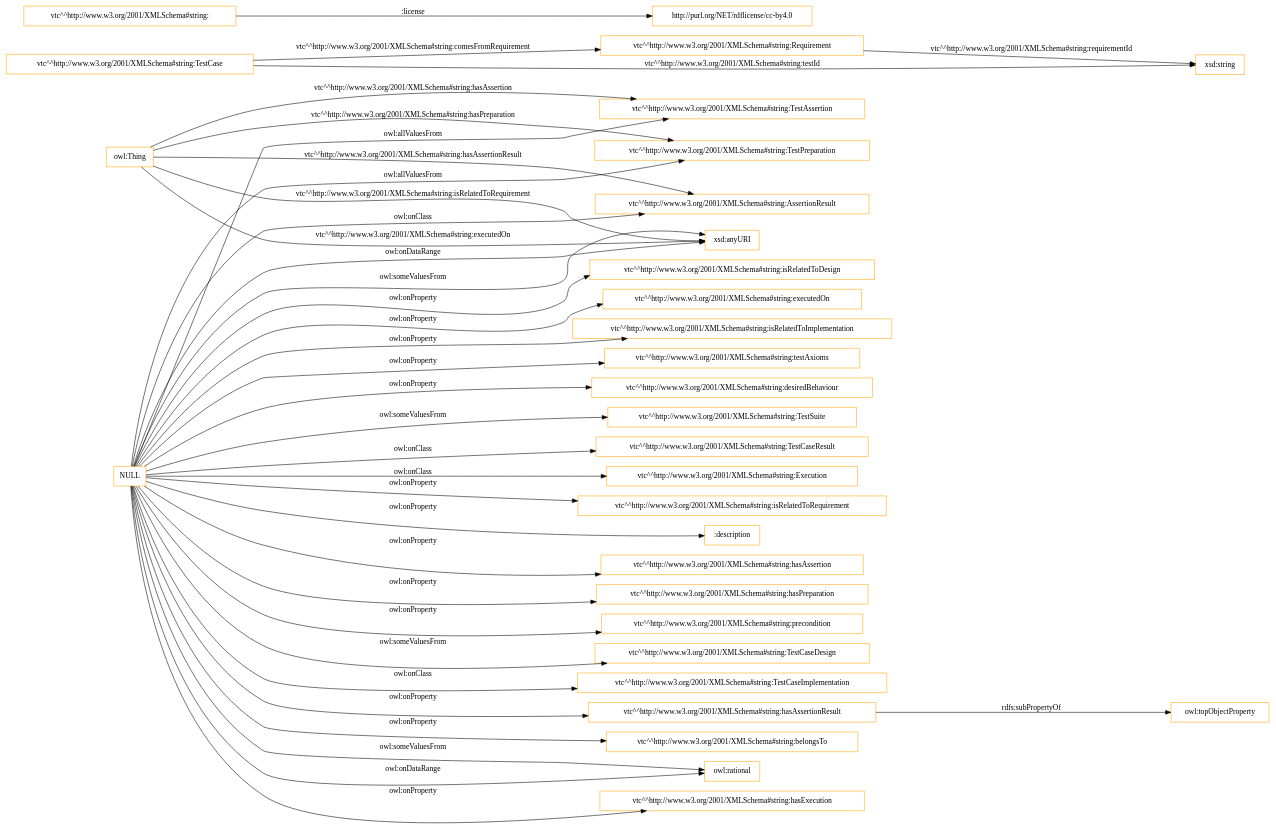
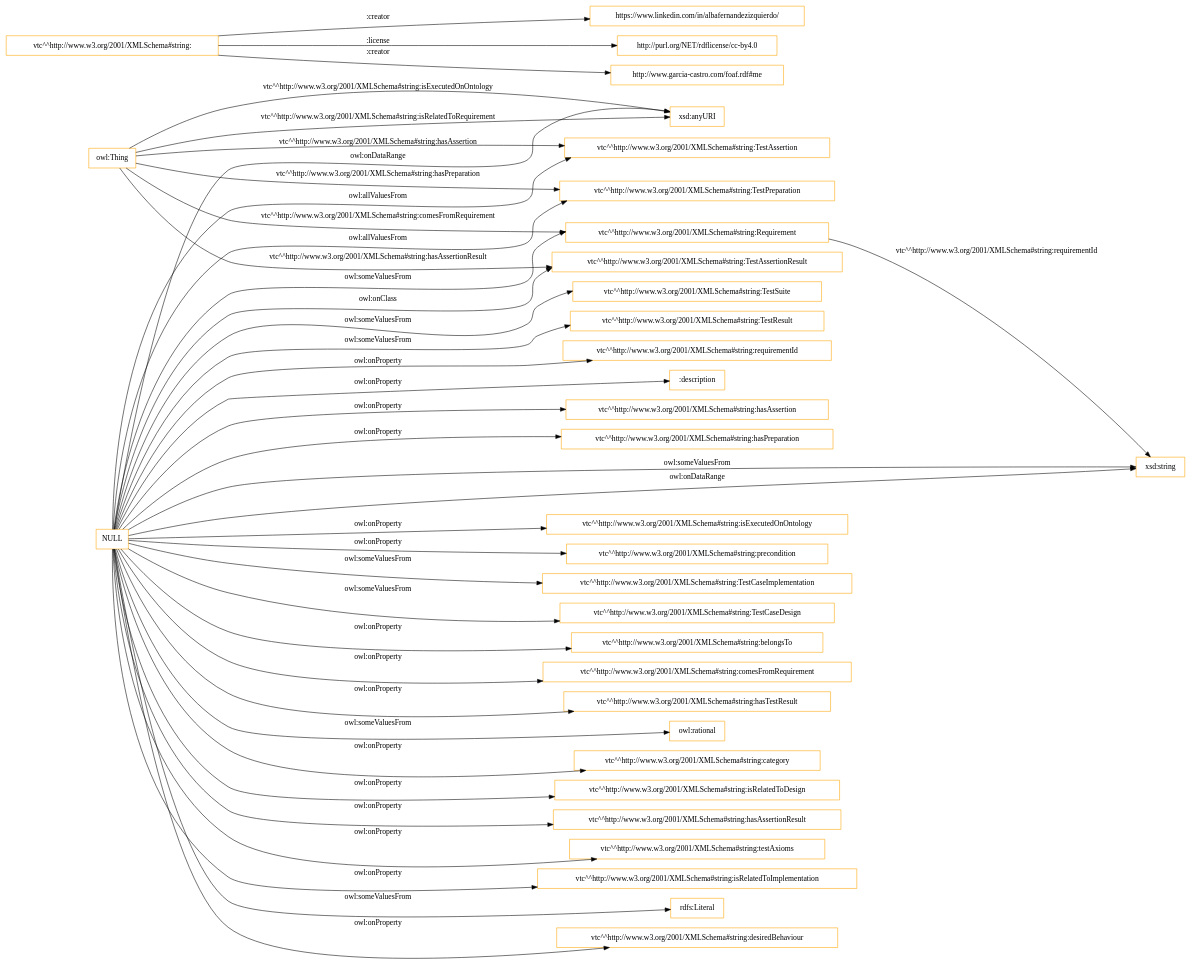
Before and after one commit to albaizq/test-verification-ontology: the diagram in OnToology/ontology/verification-test-description.ttl/diagrams/ar2dtool-class/verification-test-description.ttl.png.dot, drawn with Graphviz. The commit also changed 19 other files, not shown here.

```diff
--- a/OnToology/ontology/verification-test-description.ttl/diagrams/ar2dtool-class/verification-test-description.ttl.png.dot
+++ b/OnToology/ontology/verification-test-description.ttl/diagrams/ar2dtool-class/verification-test-description.ttl.png.dot
@@ -1,41 +1,44 @@
 digraph ar2dtool_diagram { 
 rankdir=LR;
 size="1501"
-node [shape = rectangle, color="orange"]; "vtc^^http://www.w3.org/2001/XMLSchema#string:TestSuite" "vtc^^http://www.w3.org/2001/XMLSchema#string:TestCaseResult" "vtc^^http://www.w3.org/2001/XMLSchema#string:Execution" "vtc^^http://www.w3.org/2001/XMLSchema#string:TestAssertion" "vtc^^http://www.w3.org/2001/XMLSchema#string:Requirement" "vtc^^http://www.w3.org/2001/XMLSchema#string:TestCase" "vtc^^http://www.w3.org/2001/XMLSchema#string:TestPreparation" "vtc^^http://www.w3.org/2001/XMLSchema#string:AssertionResult" "vtc^^http://www.w3.org/2001/XMLSchema#string:TestCaseDesign" "vtc^^http://www.w3.org/2001/XMLSchema#string:TestCaseImplementation" ; /*classes style*/
-	"vtc^^http://www.w3.org/2001/XMLSchema#string:hasAssertionResult" -> "owl:topObjectProperty" [ label = "rdfs:subPropertyOf" ];
+node [shape = rectangle, color="orange"]; "vtc^^http://www.w3.org/2001/XMLSchema#string:TestSuite" "vtc^^http://www.w3.org/2001/XMLSchema#string:TestResult" "vtc^^http://www.w3.org/2001/XMLSchema#string:TestPreparation" "vtc^^http://www.w3.org/2001/XMLSchema#string:TestCaseImplementation" "vtc^^http://www.w3.org/2001/XMLSchema#string:TestCaseDesign" "vtc^^http://www.w3.org/2001/XMLSchema#string:TestAssertionResult" "vtc^^http://www.w3.org/2001/XMLSchema#string:TestAssertion" "vtc^^http://www.w3.org/2001/XMLSchema#string:Requirement" ; /*classes style*/
+	"NULL" -> "xsd:string" [ label = "owl:someValuesFrom" ];
 	"NULL" -> "vtc^^http://www.w3.org/2001/XMLSchema#string:TestPreparation" [ label = "owl:allValuesFrom" ];
 	"NULL" -> "vtc^^http://www.w3.org/2001/XMLSchema#string:belongsTo" [ label = "owl:onProperty" ];
+	"NULL" -> "vtc^^http://www.w3.org/2001/XMLSchema#string:comesFromRequirement" [ label = "owl:onProperty" ];
+	"NULL" -> "vtc^^http://www.w3.org/2001/XMLSchema#string:TestCaseImplementation" [ label = "owl:someValuesFrom" ];
+	"NULL" -> "vtc^^http://www.w3.org/2001/XMLSchema#string:hasTestResult" [ label = "owl:onProperty" ];
 	"NULL" -> "owl:rational" [ label = "owl:someValuesFrom" ];
-	"NULL" -> "xsd:anyURI" [ label = "owl:someValuesFrom" ];
-	"NULL" -> "vtc^^http://www.w3.org/2001/XMLSchema#string:TestCaseImplementation" [ label = "owl:onClass" ];
-	"NULL" -> "vtc^^http://www.w3.org/2001/XMLSchema#string:hasExecution" [ label = "owl:onProperty" ];
+	"NULL" -> "vtc^^http://www.w3.org/2001/XMLSchema#string:TestResult" [ label = "owl:someValuesFrom" ];
+	"NULL" -> "vtc^^http://www.w3.org/2001/XMLSchema#string:category" [ label = "owl:onProperty" ];
 	"NULL" -> "vtc^^http://www.w3.org/2001/XMLSchema#string:isRelatedToDesign" [ label = "owl:onProperty" ];
-	"NULL" -> "vtc^^http://www.w3.org/2001/XMLSchema#string:executedOn" [ label = "owl:onProperty" ];
-	"NULL" -> "owl:rational" [ label = "owl:onDataRange" ];
+	"NULL" -> "vtc^^http://www.w3.org/2001/XMLSchema#string:Requirement" [ label = "owl:someValuesFrom" ];
 	"NULL" -> "vtc^^http://www.w3.org/2001/XMLSchema#string:hasAssertionResult" [ label = "owl:onProperty" ];
 	"NULL" -> "vtc^^http://www.w3.org/2001/XMLSchema#string:TestSuite" [ label = "owl:someValuesFrom" ];
+	"NULL" -> "vtc^^http://www.w3.org/2001/XMLSchema#string:testAxioms" [ label = "owl:onProperty" ];
+	"NULL" -> "vtc^^http://www.w3.org/2001/XMLSchema#string:TestCaseDesign" [ label = "owl:someValuesFrom" ];
 	"NULL" -> "vtc^^http://www.w3.org/2001/XMLSchema#string:isRelatedToImplementation" [ label = "owl:onProperty" ];
-	"NULL" -> "vtc^^http://www.w3.org/2001/XMLSchema#string:TestCaseDesign" [ label = "owl:someValuesFrom" ];
-	"NULL" -> "vtc^^http://www.w3.org/2001/XMLSchema#string:testAxioms" [ label = "owl:onProperty" ];
-	"NULL" -> "vtc^^http://www.w3.org/2001/XMLSchema#string:TestCaseResult" [ label = "owl:onClass" ];
+	"NULL" -> "rdfs:Literal" [ label = "owl:someValuesFrom" ];
+	"NULL" -> "xsd:string" [ label = "owl:onDataRange" ];
 	"NULL" -> "vtc^^http://www.w3.org/2001/XMLSchema#string:desiredBehaviour" [ label = "owl:onProperty" ];
-	"NULL" -> "vtc^^http://www.w3.org/2001/XMLSchema#string:isRelatedToRequirement" [ label = "owl:onProperty" ];
-	"NULL" -> "vtc^^http://www.w3.org/2001/XMLSchema#string:Execution" [ label = "owl:onClass" ];
+	"NULL" -> "vtc^^http://www.w3.org/2001/XMLSchema#string:requirementId" [ label = "owl:onProperty" ];
+	"NULL" -> "vtc^^http://www.w3.org/2001/XMLSchema#string:TestAssertionResult" [ label = "owl:onClass" ];
 	"NULL" -> ":description" [ label = "owl:onProperty" ];
 	"NULL" -> "vtc^^http://www.w3.org/2001/XMLSchema#string:hasAssertion" [ label = "owl:onProperty" ];
+	"NULL" -> "xsd:anyURI" [ label = "owl:onDataRange" ];
 	"NULL" -> "vtc^^http://www.w3.org/2001/XMLSchema#string:hasPreparation" [ label = "owl:onProperty" ];
-	"NULL" -> "vtc^^http://www.w3.org/2001/XMLSchema#string:AssertionResult" [ label = "owl:onClass" ];
-	"NULL" -> "xsd:anyURI" [ label = "owl:onDataRange" ];
+	"NULL" -> "vtc^^http://www.w3.org/2001/XMLSchema#string:isExecutedOnOntology" [ label = "owl:onProperty" ];
 	"NULL" -> "vtc^^http://www.w3.org/2001/XMLSchema#string:TestAssertion" [ label = "owl:allValuesFrom" ];
 	"NULL" -> "vtc^^http://www.w3.org/2001/XMLSchema#string:precondition" [ label = "owl:onProperty" ];
+	"vtc^^http://www.w3.org/2001/XMLSchema#string:" -> "https://www.linkedin.com/in/albafernandezizquierdo/" [ label = ":creator" ];
 	"vtc^^http://www.w3.org/2001/XMLSchema#string:" -> "http://purl.org/NET/rdflicense/cc-by4.0" [ label = ":license" ];
+	"vtc^^http://www.w3.org/2001/XMLSchema#string:" -> "http://www.garcia-castro.com/foaf.rdf#me" [ label = ":creator" ];
 	"vtc^^http://www.w3.org/2001/XMLSchema#string:Requirement" -> "xsd:string" [ label = "vtc^^http://www.w3.org/2001/XMLSchema#string:requirementId" ];
-	"owl:Thing" -> "xsd:anyURI" [ label = "vtc^^http://www.w3.org/2001/XMLSchema#string:executedOn" ];
-	"owl:Thing" -> "vtc^^http://www.w3.org/2001/XMLSchema#string:AssertionResult" [ label = "vtc^^http://www.w3.org/2001/XMLSchema#string:hasAssertionResult" ];
+	"owl:Thing" -> "vtc^^http://www.w3.org/2001/XMLSchema#string:TestAssertionResult" [ label = "vtc^^http://www.w3.org/2001/XMLSchema#string:hasAssertionResult" ];
+	"owl:Thing" -> "xsd:anyURI" [ label = "vtc^^http://www.w3.org/2001/XMLSchema#string:isExecutedOnOntology" ];
 	"owl:Thing" -> "vtc^^http://www.w3.org/2001/XMLSchema#string:TestAssertion" [ label = "vtc^^http://www.w3.org/2001/XMLSchema#string:hasAssertion" ];
-	"vtc^^http://www.w3.org/2001/XMLSchema#string:TestCase" -> "xsd:string" [ label = "vtc^^http://www.w3.org/2001/XMLSchema#string:testId" ];
-	"vtc^^http://www.w3.org/2001/XMLSchema#string:TestCase" -> "vtc^^http://www.w3.org/2001/XMLSchema#string:Requirement" [ label = "vtc^^http://www.w3.org/2001/XMLSchema#string:comesFromRequirement" ];
+	"owl:Thing" -> "vtc^^http://www.w3.org/2001/XMLSchema#string:Requirement" [ label = "vtc^^http://www.w3.org/2001/XMLSchema#string:comesFromRequirement" ];
 	"owl:Thing" -> "xsd:anyURI" [ label = "vtc^^http://www.w3.org/2001/XMLSchema#string:isRelatedToRequirement" ];
 	"owl:Thing" -> "vtc^^http://www.w3.org/2001/XMLSchema#string:TestPreparation" [ label = "vtc^^http://www.w3.org/2001/XMLSchema#string:hasPreparation" ];
 
 }
```
